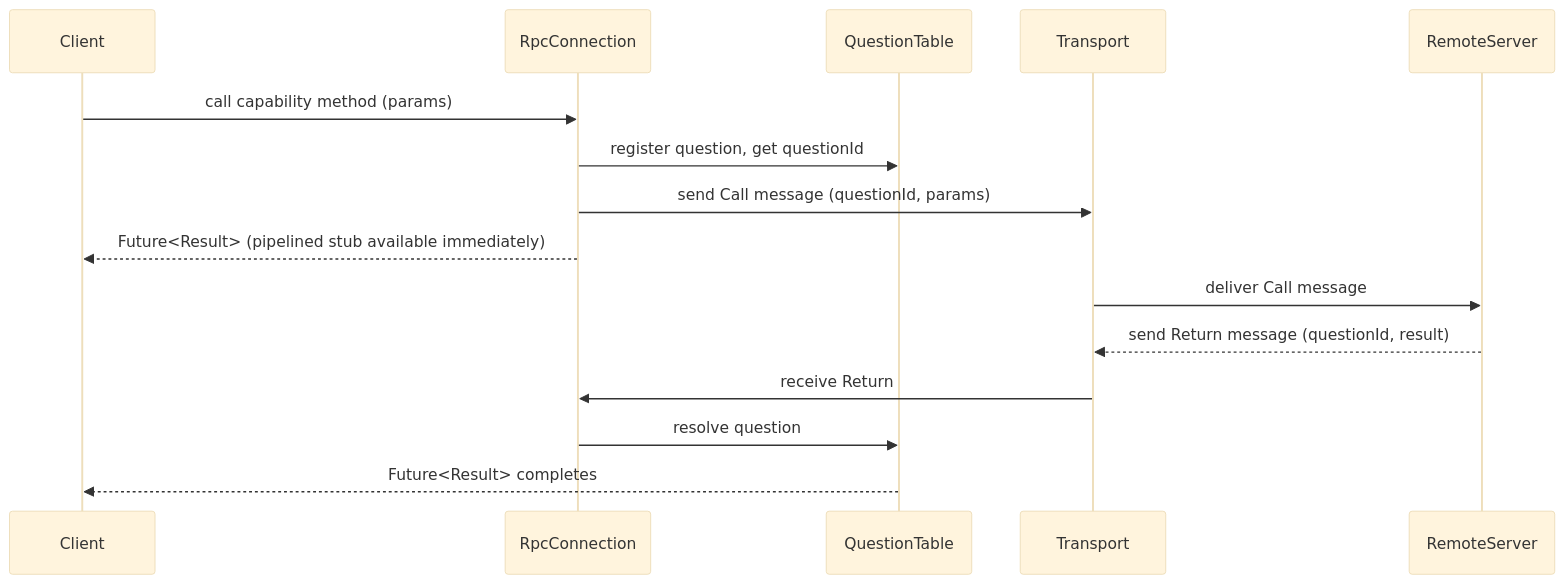
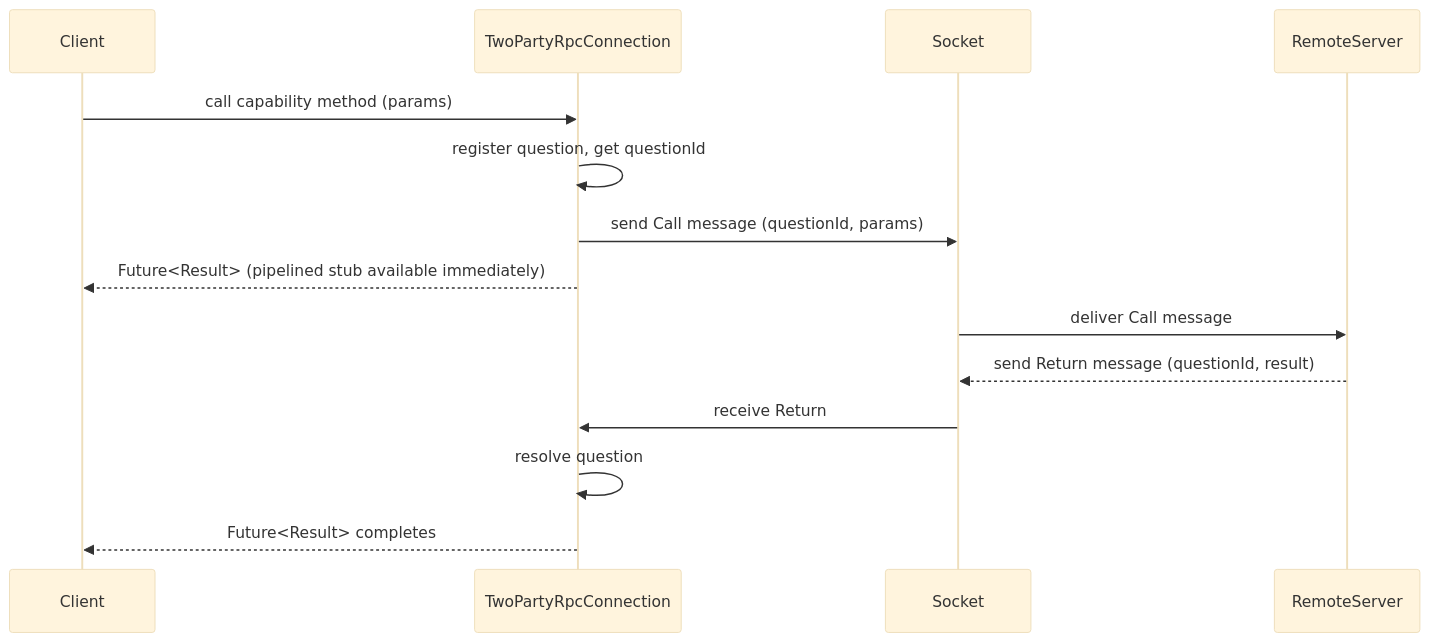
The fifth of 5 diagrams in docs/internal-design.md (AngryMane/capnproto-dart), drawn with Mermaid (base theme) before and after one commit. The commit also changed other lines of this file and 2 other files, not shown here.

````diff
--- a/docs/internal-design.md
+++ b/docs/internal-design.md
@@ -209,19 +224,18 @@
 ```mermaid
 sequenceDiagram
     participant Client
-    participant RpcConnection
-    participant QuestionTable
-    participant Transport
+    participant TwoPartyRpcConnection
+    participant Socket
     participant RemoteServer
 
-    Client->>RpcConnection: call capability method (params)
-    RpcConnection->>QuestionTable: register question, get questionId
-    RpcConnection->>Transport: send Call message (questionId, params)
-    RpcConnection-->>Client: Future<Result> (pipelined stub available immediately)
+    Client->>TwoPartyRpcConnection: call capability method (params)
+    TwoPartyRpcConnection->>TwoPartyRpcConnection: register question, get questionId
+    TwoPartyRpcConnection->>Socket: send Call message (questionId, params)
+    TwoPartyRpcConnection-->>Client: Future<Result> (pipelined stub available immediately)
 
-    Transport->>RemoteServer: deliver Call message
-    RemoteServer-->>Transport: send Return message (questionId, result)
-    Transport->>RpcConnection: receive Return
-    RpcConnection->>QuestionTable: resolve question
-    QuestionTable-->>Client: Future<Result> completes
+    Socket->>RemoteServer: deliver Call message
+    RemoteServer-->>Socket: send Return message (questionId, result)
+    Socket->>TwoPartyRpcConnection: receive Return
+    TwoPartyRpcConnection->>TwoPartyRpcConnection: resolve question
+    TwoPartyRpcConnection-->>Client: Future<Result> completes
 ```
````
